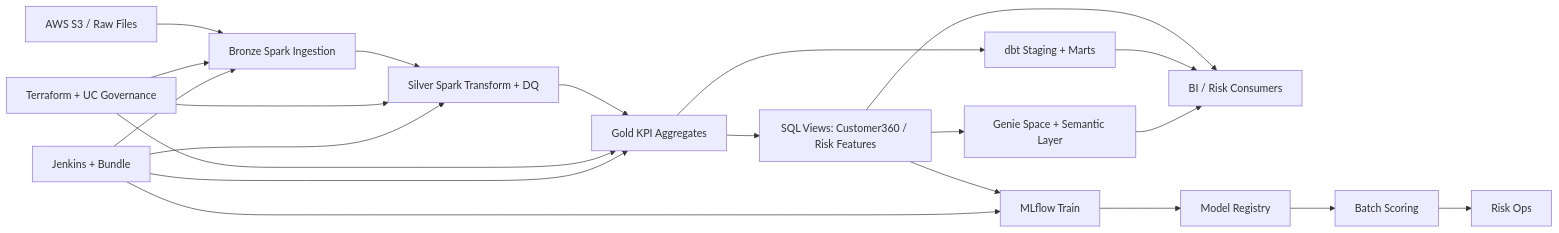
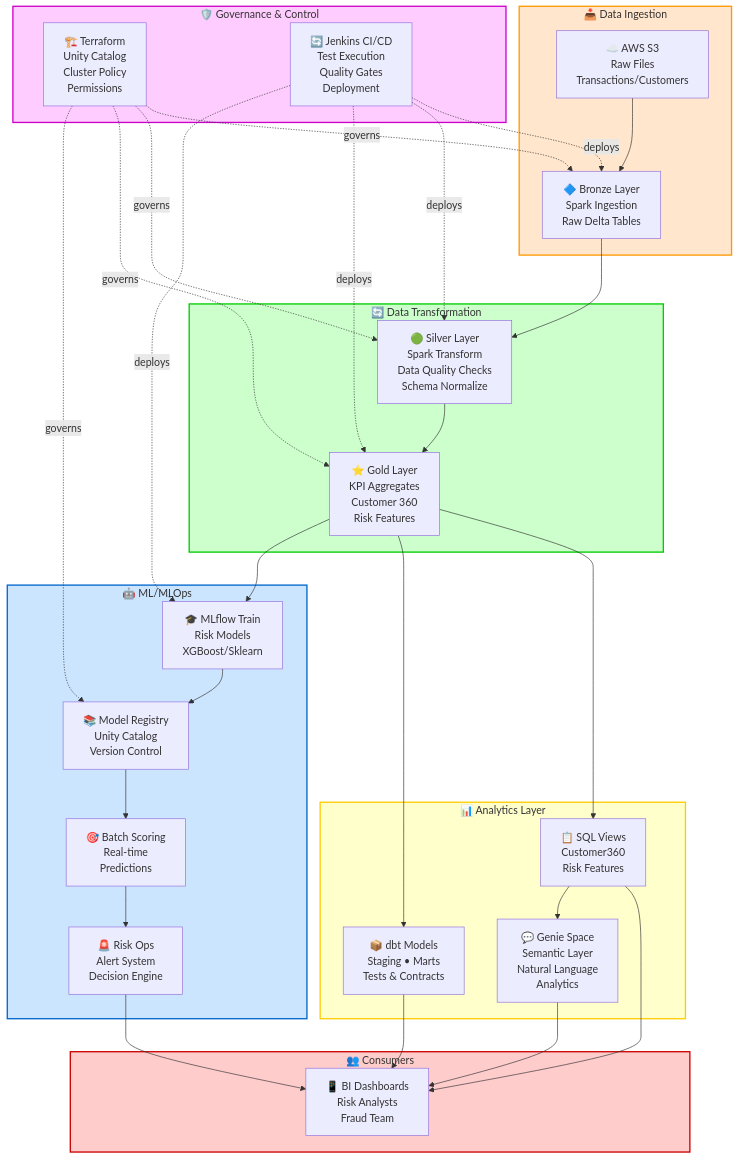
Before and after one commit to willtran112358/databrick_engineering: the diagram in README.md, drawn with Mermaid. The commit also changed other lines of this file, not shown here.

Commit message:
docs: Enhance Mermaid diagram with subgraph layers, color coding, and governance flow visualization

````diff
--- a/README.md
+++ b/README.md
@@ -21,26 +23,69 @@
 ```mermaid
-flowchart LR
-    A[AWS S3 / Raw Files] --> B[Bronze Spark Ingestion]
-    B --> C[Silver Spark Transform + DQ]
-    C --> D[Gold KPI Aggregates]
-    D --> E[SQL Views: Customer360 / Risk Features]
-    D --> F[dbt Staging + Marts]
-    E --> G[BI / Risk Consumers]
+flowchart TD
+    subgraph INGESTION["📥 Data Ingestion"]
+        A["☁️ AWS S3<br/>Raw Files<br/>Transactions/Customers"]
+        B["🔷 Bronze Layer<br/>Spark Ingestion<br/>Raw Delta Tables"]
+    end
+    
+    subgraph TRANSFORMATION["🔄 Data Transformation"]
+        C["🟢 Silver Layer<br/>Spark Transform<br/>Data Quality Checks<br/>Schema Normalize"]
+        D["⭐ Gold Layer<br/>KPI Aggregates<br/>Customer 360<br/>Risk Features"]
+    end
+    
+    subgraph ANALYTICS["📊 Analytics Layer"]
+        E["📋 SQL Views<br/>Customer360<br/>Risk Features"]
+        F["📦 dbt Models<br/>Staging • Marts<br/>Tests & Contracts"]
+        L["💬 Genie Space<br/>Semantic Layer<br/>Natural Language<br/>Analytics"]
+    end
+    
+    subgraph MLOPS["🤖 ML/MLOps"]
+        H["🎓 MLflow Train<br/>Risk Models<br/>XGBoost/Sklearn"]
+        I["📚 Model Registry<br/>Unity Catalog<br/>Version Control"]
+        J["🎯 Batch Scoring<br/>Real-time<br/>Predictions"]
+        K["🚨 Risk Ops<br/>Alert System<br/>Decision Engine"]
+    end
+    
+    subgraph GOVERNANCE["🛡️ Governance & Control"]
+        M["🏗️ Terraform<br/>Unity Catalog<br/>Cluster Policy<br/>Permissions"]
+        N["🔄 Jenkins CI/CD<br/>Test Execution<br/>Quality Gates<br/>Deployment"]
+    end
+    
+    subgraph CONSUMERS["👥 Consumers"]
+        G["📱 BI Dashboards<br/>Risk Analysts<br/>Fraud Team"]
+    end
+    
+    A --> B
+    B --> C
+    C --> D
+    
+    D --> E
+    D --> F
+    D --> H
+    
+    E --> G
+    E --> L
     F --> G
-
-    E --> H[MLflow Train]
-    H --> I[Model Registry]
-    I --> J[Batch Scoring]
-    J --> K[Risk Ops]
-
-    E --> L[Genie Space + Semantic Layer]
     L --> G
-
-    M[Terraform + UC Governance] --> B
-    M --> C
-    M --> D
-    N[Jenkins + Bundle] --> B
-    N --> C
-    N --> D
-    N --> H
+    
+    H --> I
+    I --> J
+    J --> K
+    K --> G
+    
+    M -.->|governs| B
+    M -.->|governs| C
+    M -.->|governs| D
+    M -.->|governs| I
+    
+    N -.->|deploys| B
+    N -.->|deploys| C
+    N -.->|deploys| D
+    N -.->|deploys| H
+    
+    style INGESTION fill:#ffe6cc,stroke:#ff9900,stroke-width:2px
+    style TRANSFORMATION fill:#ccffcc,stroke:#00cc00,stroke-width:2px
+    style ANALYTICS fill:#ffffcc,stroke:#ffcc00,stroke-width:2px
+    style MLOPS fill:#cce5ff,stroke:#0066cc,stroke-width:2px
+    style GOVERNANCE fill:#ffccff,stroke:#cc00cc,stroke-width:2px
+    style CONSUMERS fill:#ffcccc,stroke:#cc0000,stroke-width:2px
 ```
````
